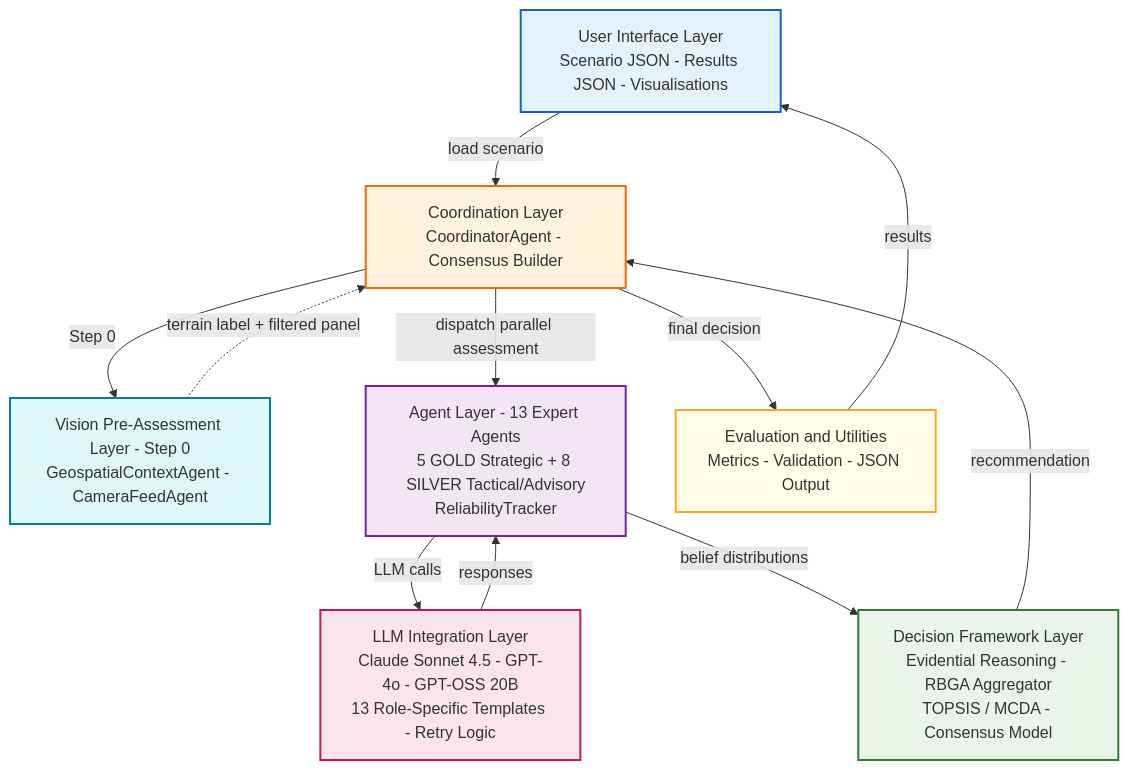
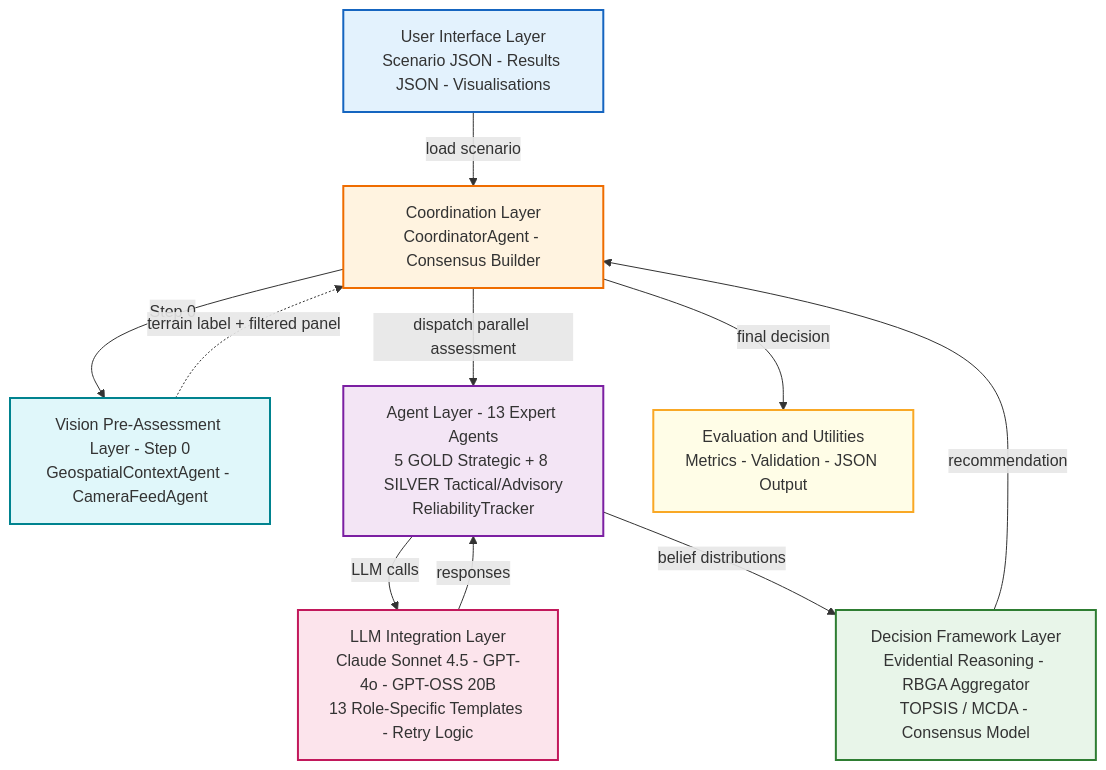
Before and after one commit to kerbgr/crisis_mas_poc: the first of 7 diagrams in academic_journal_draft_long version.md, drawn with Mermaid. The commit also changed other lines of this file, not shown here.

First line of the commit message:
fix mermaid: remove cycle (D1) and cross-subgraph arrows (D2) to prevent layout engine failure

````diff
--- a/academic_journal_draft_long version.md
+++ b/academic_journal_draft_long version.md
@@ -134,27 +134,26 @@
 ```mermaid
 flowchart TD
     UI["User Interface Layer<br/>Scenario JSON - Results JSON - Visualisations"]
     COORD["Coordination Layer<br/>CoordinatorAgent - Consensus Builder"]
     VISION["Vision Pre-Assessment Layer - Step 0<br/>GeospatialContextAgent - CameraFeedAgent"]
     AGENTS["Agent Layer - 13 Expert Agents<br/>5 GOLD Strategic + 8 SILVER Tactical/Advisory<br/>ReliabilityTracker"]
     LLM["LLM Integration Layer<br/>Claude Sonnet 4.5 - GPT-4o - GPT-OSS 20B<br/>13 Role-Specific Templates - Retry Logic"]
     DF["Decision Framework Layer<br/>Evidential Reasoning - RBGA Aggregator<br/>TOPSIS / MCDA - Consensus Model"]
     EVAL["Evaluation and Utilities<br/>Metrics - Validation - JSON Output"]
     UI -->|load scenario| COORD
     COORD -->|Step 0| VISION
     VISION -.->|terrain label + filtered panel| COORD
     COORD -->|dispatch parallel assessment| AGENTS
     AGENTS -->|LLM calls| LLM
     LLM -->|responses| AGENTS
     AGENTS -->|belief distributions| DF
     DF -->|recommendation| COORD
     COORD -->|final decision| EVAL
-    EVAL -->|results| UI
     style UI fill:#e3f2fd,stroke:#1565c0,stroke-width:2px
     style COORD fill:#fff3e0,stroke:#ef6c00,stroke-width:2px
     style VISION fill:#e0f7fa,stroke:#00838f,stroke-width:2px
     style AGENTS fill:#f3e5f5,stroke:#7b1fa2,stroke-width:2px
     style LLM fill:#fce4ec,stroke:#c2185b,stroke-width:2px
     style DF fill:#e8f5e9,stroke:#2e7d32,stroke-width:2px
     style EVAL fill:#fffde7,stroke:#f9a825,stroke-width:2px
 ```
````
